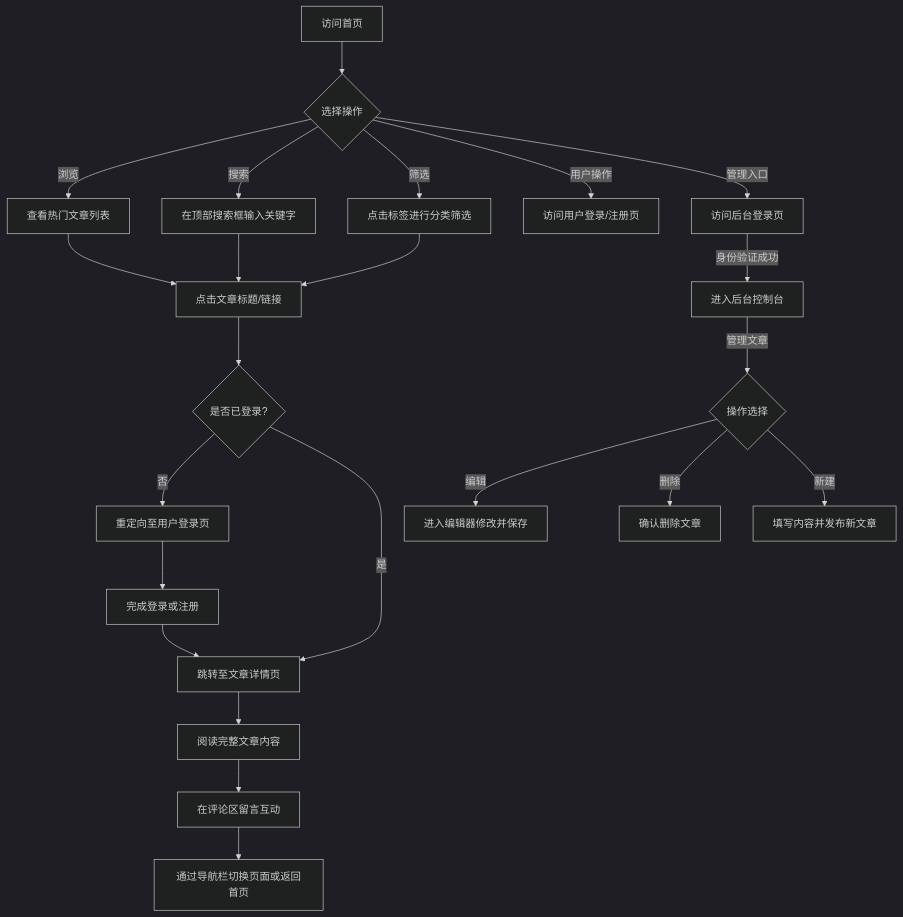
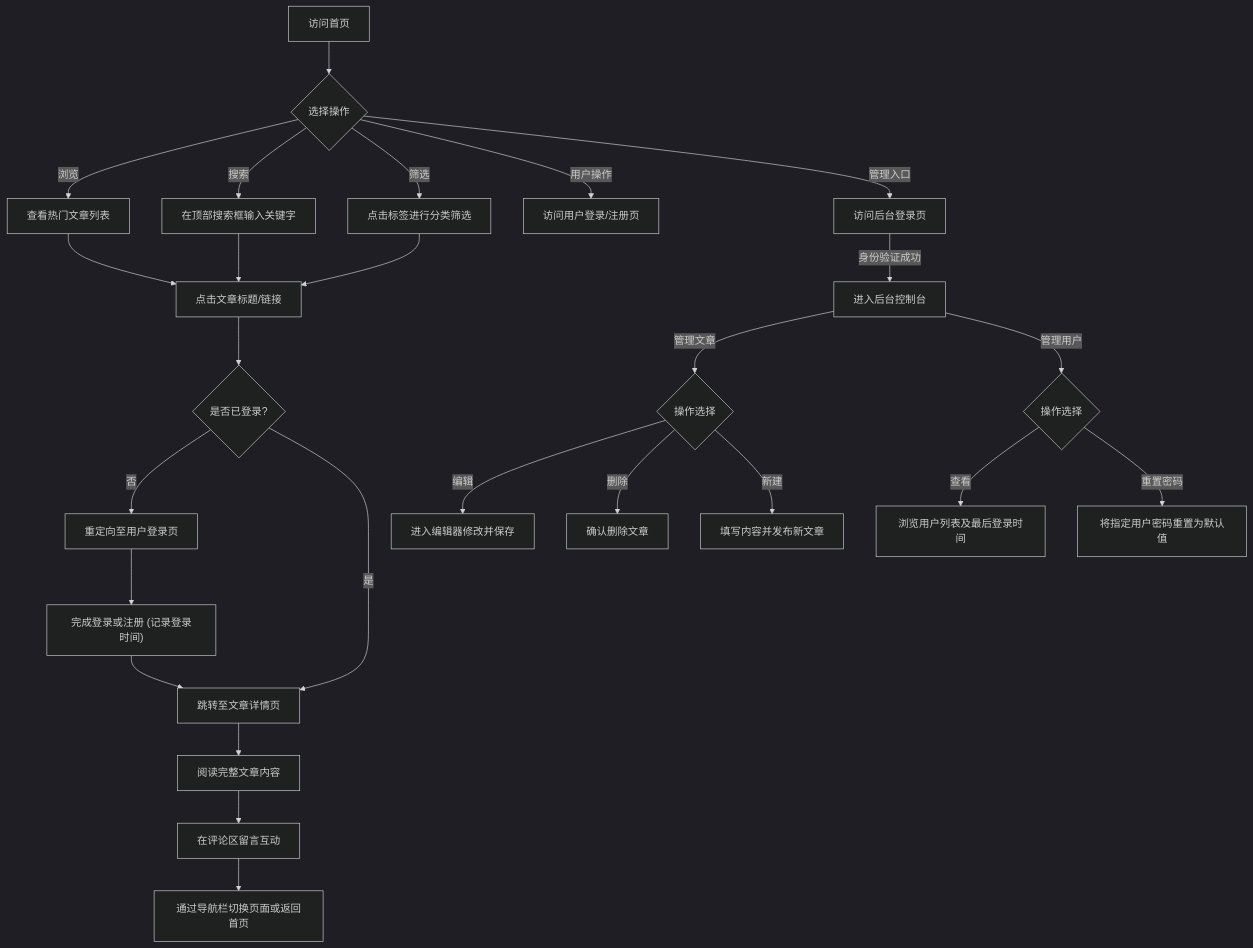
Before and after one commit to Yxl20240310/blog: the diagram in .trae/documents/prd.md, drawn with Mermaid (dark theme). The commit also changed other lines of this file and 3 other files, not shown here.

````diff
--- a/.trae/documents/prd.md
+++ b/.trae/documents/prd.md
@@ -38,25 +39,28 @@
 ```mermaid
 flowchart TD
     A["访问首页"] --> B{"选择操作"}
     B -->|浏览| C["查看热门文章列表"]
     B -->|搜索| D["在顶部搜索框输入关键字"]
     B -->|筛选| E["点击标签进行分类筛选"]
     B -->|用户操作| Q["访问用户登录/注册页"]
     B -->|管理入口| K["访问后台登录页"]
     C --> F["点击文章标题/链接"]
     D --> F
     E --> F
     F --> R{"是否已登录?"}
     R -->|否| S["重定向至用户登录页"]
-    S --> T["完成登录或注册"]
+    S --> T["完成登录或注册 (记录登录时间)"]
     T --> G
     R -->|是| G["跳转至文章详情页"]
     G --> H["阅读完整文章内容"]
     H --> I["在评论区留言互动"]
     I --> J["通过导航栏切换页面或返回首页"]
     K -->|身份验证成功| L["进入后台控制台"]
     L -->|管理文章| M{"操作选择"}
+    L -->|管理用户| U{"操作选择"}
     M -->|编辑| N["进入编辑器修改并保存"]
     M -->|删除| O["确认删除文章"]
     M -->|新建| P["填写内容并发布新文章"]
+    U -->|查看| V["浏览用户列表及最后登录时间"]
+    U -->|重置密码| W["将指定用户密码重置为默认值"]
 ```
````
